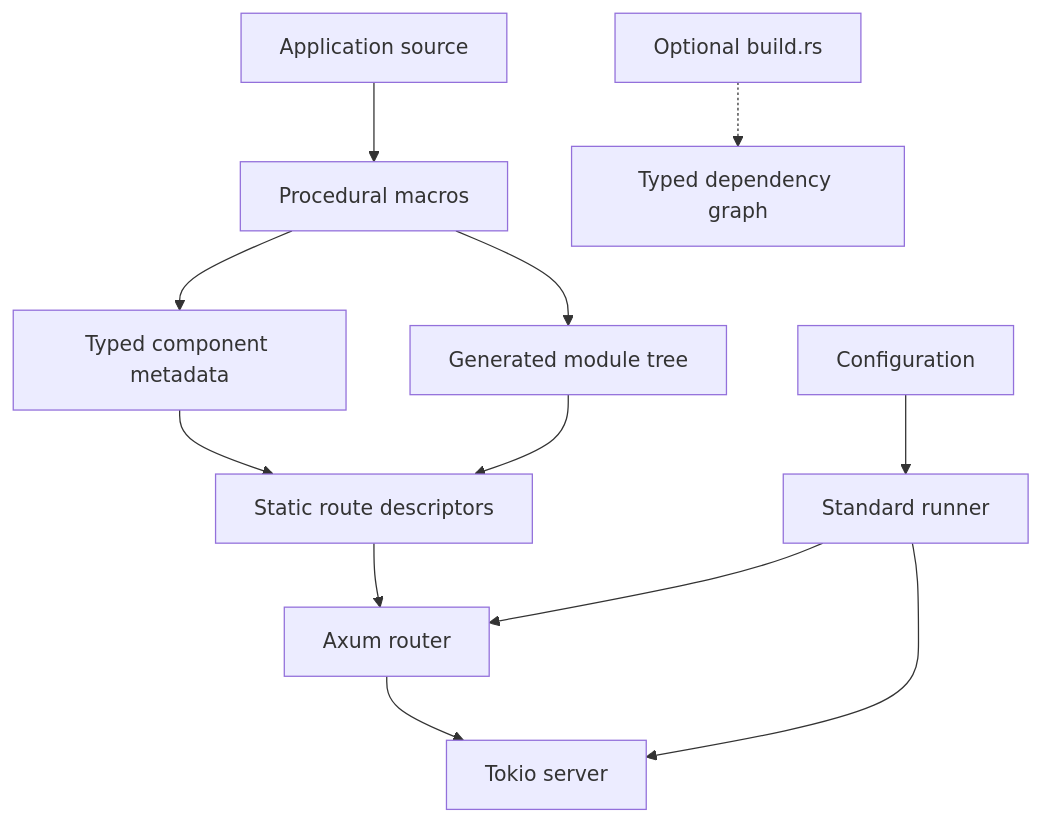
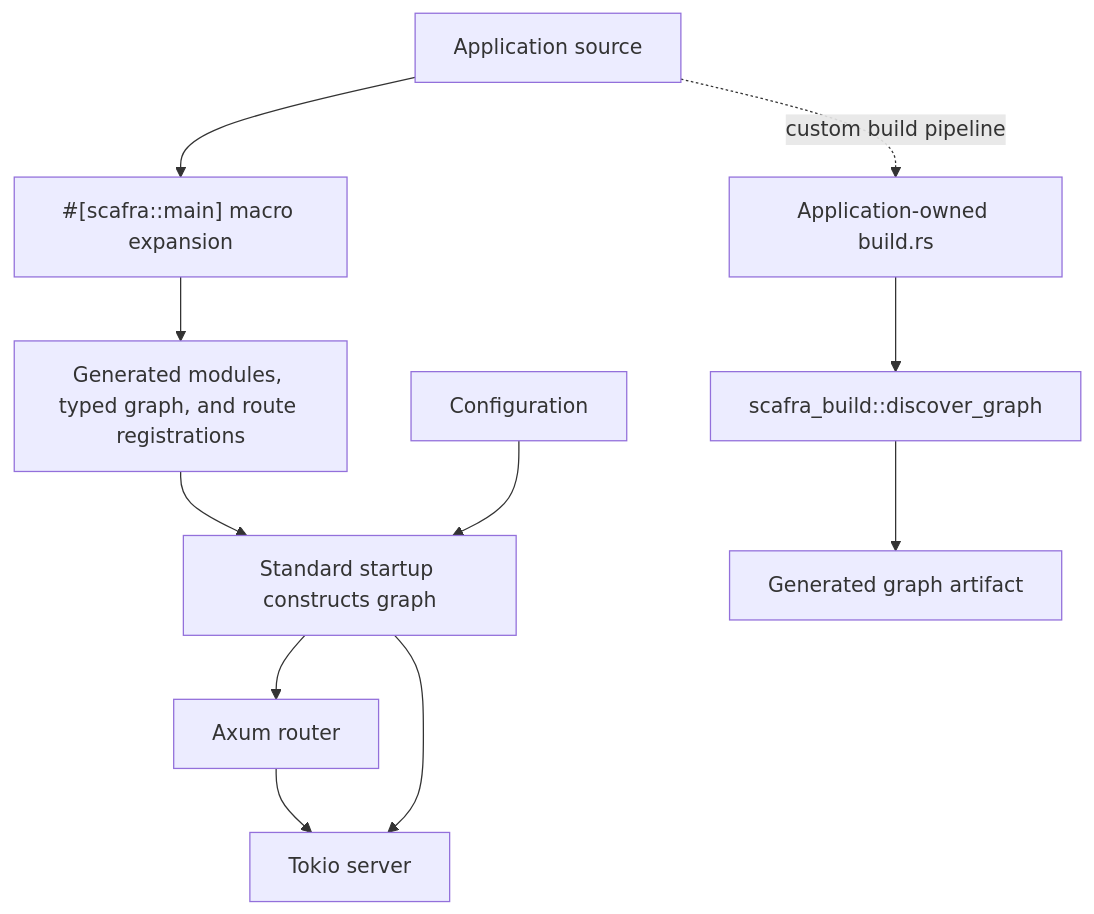
One commit to Ember-rs/ember changed the first of 2 diagrams in docs/architecture.md. Above: the diagram before and after it, drawn with Mermaid. The commit also changed other lines of this file and 3 other files, not shown here.

Commit message:
clarify standard dependency graph composition

````diff
--- a/docs/architecture.md
+++ b/docs/architecture.md
@@ -19,14 +19,14 @@
 ```mermaid
 flowchart TD
-    A[Application source] --> B[Procedural macros]
-    B --> D[Typed component metadata]
-    B --> E[Generated module tree]
-    D --> F[Static route descriptors]
-    E --> F
-    F --> G[Axum router]
-    H[Configuration] --> I[Standard runner]
-    I --> G
-    G --> J[Tokio server]
-    I --> J
-    K[Optional build.rs] -.-> L[Typed dependency graph]
+    A[Application source] --> B["#[scafra::main] macro expansion"]
+    B --> C[Generated modules, typed graph, and route registrations]
+    C --> D[Standard startup constructs graph]
+    D --> E[Axum router]
+    F[Configuration] --> D
+    E --> G[Tokio server]
+    D --> G
+
+    A -. custom build pipeline .-> H[Application-owned build.rs]
+    H --> I[scafra_build::discover_graph]
+    I --> J[Generated graph artifact]
 ```
````
